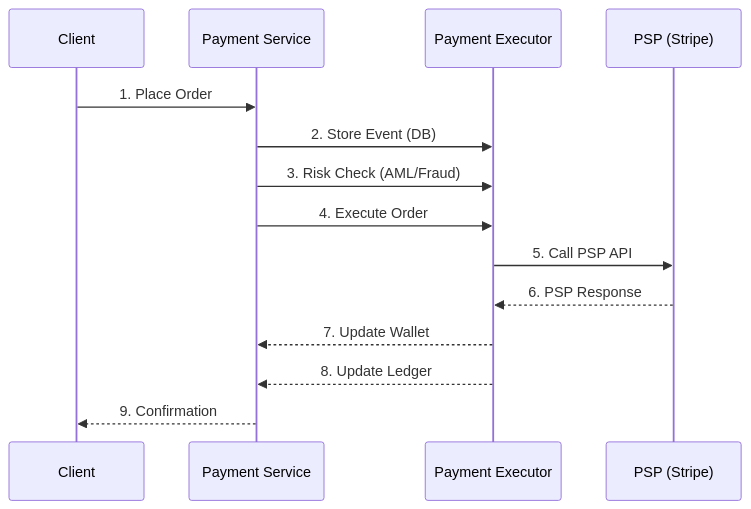
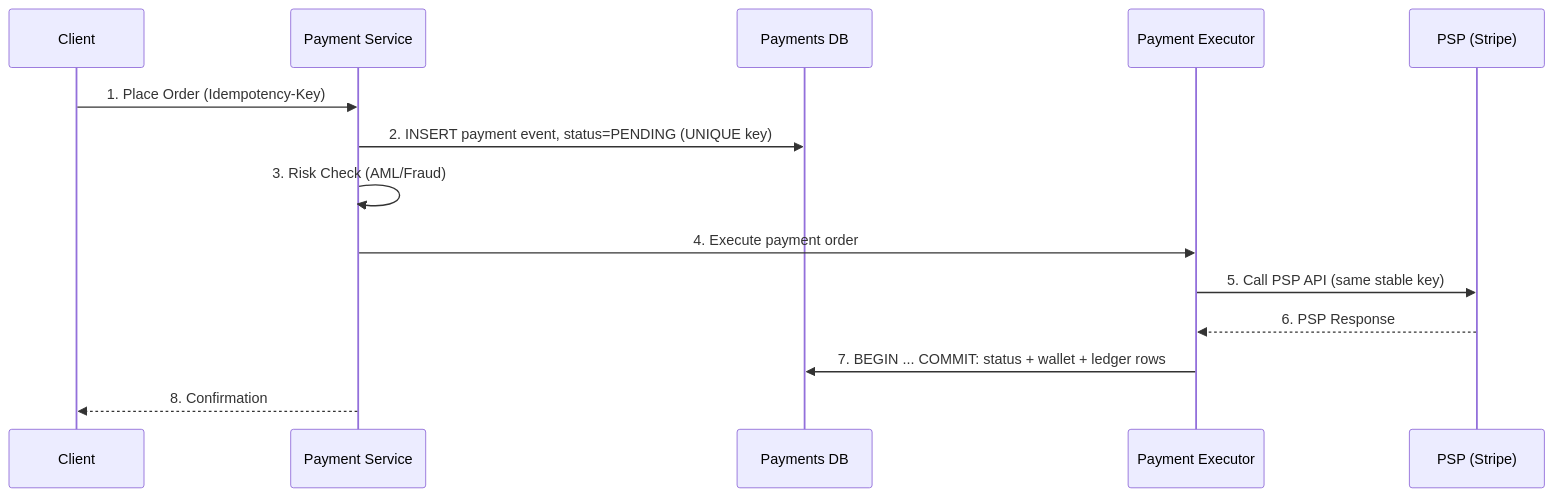
The second of 11 diagrams in system_design/design-payment-system.md (phuongdinh1411/cses-analyses), drawn with Mermaid before and after one commit. The commit also changed other lines of this file and 4 other files, not shown here.

````diff
--- a/system_design/design-payment-system.md
+++ b/system_design/design-payment-system.md
@@ -321,17 +322,17 @@
 ```mermaid
 sequenceDiagram
     participant Client
     participant PS as Payment Service
+    participant DB as Payments DB
     participant PE as Payment Executor
     participant PSP as PSP (Stripe)
 
-    Client->>PS: 1. Place Order
-    PS->>PE: 2. Store Event (DB)
-    PS->>PE: 3. Risk Check (AML/Fraud)
-    PS->>PE: 4. Execute Order
-    PE->>PSP: 5. Call PSP API
+    Client->>PS: 1. Place Order (Idempotency-Key)
+    PS->>DB: 2. INSERT payment event, status=PENDING (UNIQUE key)
+    PS->>PS: 3. Risk Check (AML/Fraud)
+    PS->>PE: 4. Execute payment order
+    PE->>PSP: 5. Call PSP API (same stable key)
     PSP-->>PE: 6. PSP Response
-    PE-->>PS: 7. Update Wallet
-    PE-->>PS: 8. Update Ledger
-    PS-->>Client: 9. Confirmation
+    PE->>DB: 7. BEGIN ... COMMIT: status + wallet + ledger rows
+    PS-->>Client: 8. Confirmation
 ```
````
